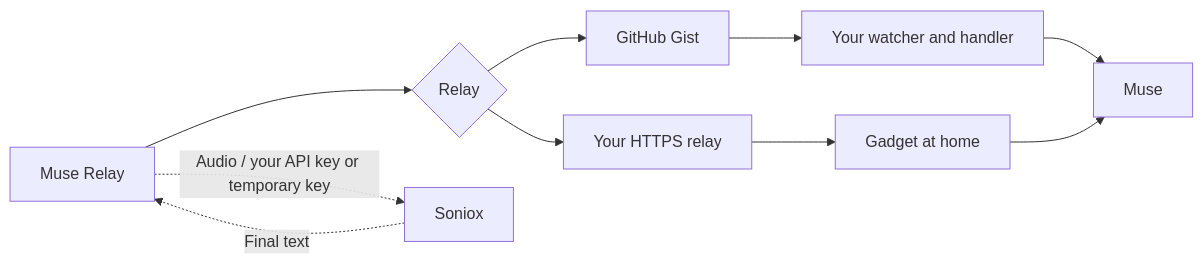
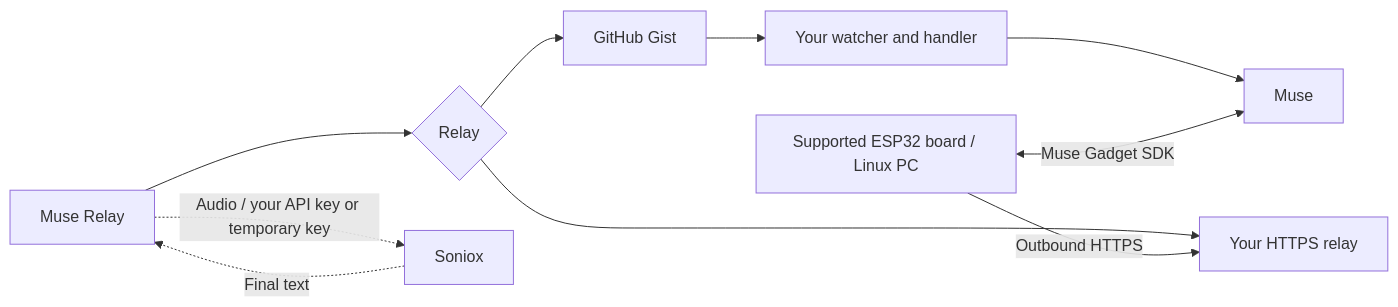
The diagram in docs/relay-comparison.md (3mintimer/muse-relay), drawn with Mermaid before and after one commit. The commit also changed other lines of this file and 27 other files, not shown here.

Commit message:
docs: publish setup and upgrade instructions for Muse Relay 0.3.30

````diff
--- a/docs/relay-comparison.md
+++ b/docs/relay-comparison.md
@@ -22,8 +23,10 @@
 ```mermaid
 flowchart LR
   App[Muse Relay] --> Choice{Relay}
   Choice --> Gist[GitHub Gist] --> Handler[Your watcher and handler] --> Muse
-  Choice --> HTTPS[Your HTTPS relay] --> Atom[Gadget at home] --> Muse
+  Choice --> HTTPS[Your HTTPS relay]
+  Device[Supported ESP32 board / Linux PC] -->|Outbound HTTPS| HTTPS
+  Device <-->|Muse Gadget SDK| Muse
   App -.Audio / your API key or temporary key.-> Soniox
   Soniox -.Final text.-> App
 ```
````
